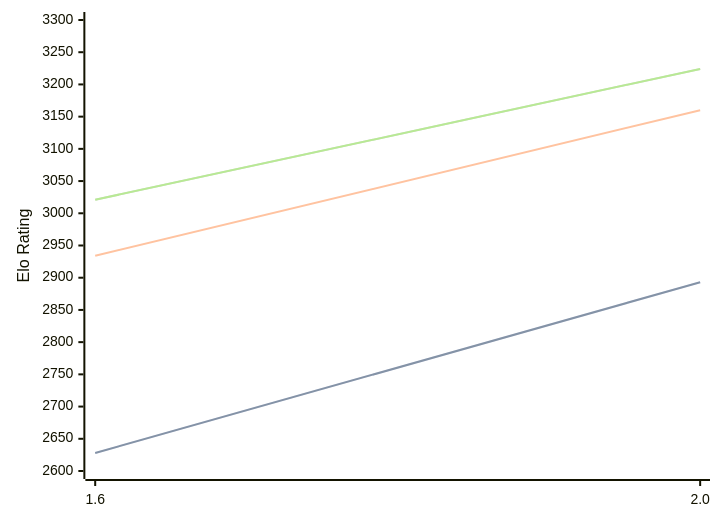
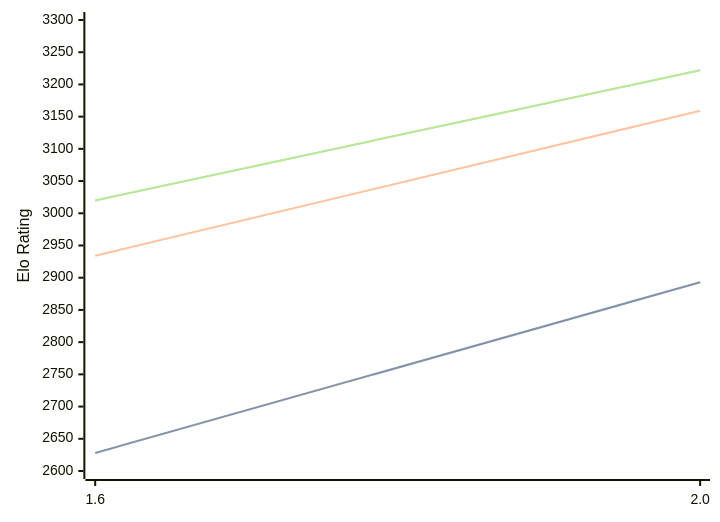
One commit to computer-chess-index/cci changed the diagram in engines/Onyx.md. Above: the diagram before and after it, drawn with Mermaid. The commit also changed other lines of this file, not shown here.

Commit message:
Update CCI Ratings (ELO VLTC) - 2026-09-01

````diff
--- a/engines/Onyx.md
+++ b/engines/Onyx.md
@@ -32,11 +32,11 @@
 ```mermaid
 %%{init: {"theme":"base","themeVariables":{"seriesColors:['#a3a3a3','#222221','#faa371']}}}%%
 xychart-beta
   x-axis ["1.6", "2.0"]
   y-axis "Elo Rating" 2600 --> 3300
   line "" [2628, 2893]
   line "STC (8.0+0.08s)" [2628, 2893]
-  line "LTC (60.0+0.60s)" [2934, 3160]
-  line "" [3021, 3224]
-  line "VLTC (2m24s+1.12s)" [3021, 3224]
+  line "LTC (60.0+0.60s)" [2934, 3159]
+  line "" [3020, 3222]
+  line "VLTC (2m24s+1.12s)" [3020, 3222]
 ```
````
